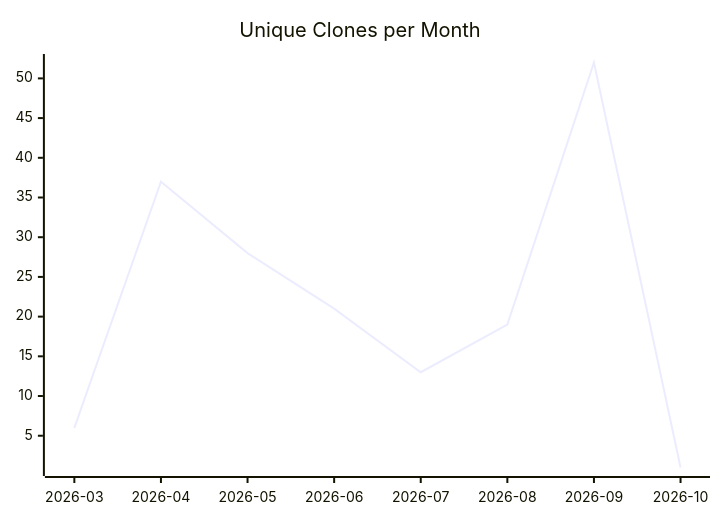
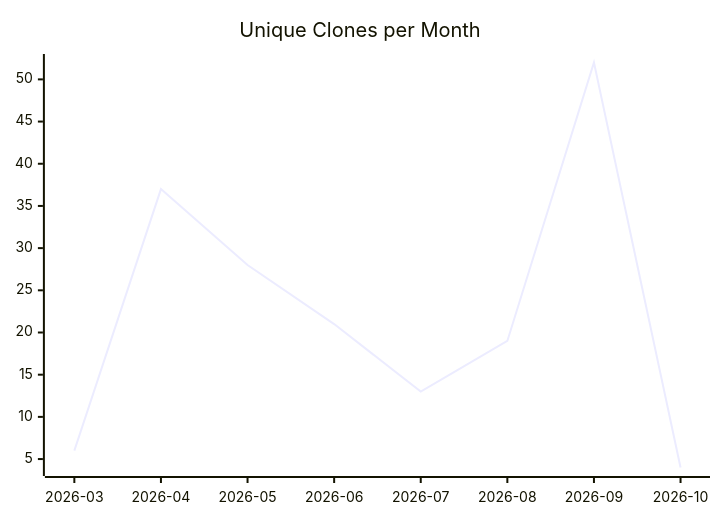
The third of 3 diagrams in karlmdavis/ansible-role-jenkins2/README.md (justdavis-family/github-analytics-data), drawn with Mermaid before and after one commit. The commit also changed other lines of this file and 203 other files, not shown here.

````diff
--- a/karlmdavis/ansible-role-jenkins2/README.md
+++ b/karlmdavis/ansible-role-jenkins2/README.md
@@ -19,6 +19,6 @@
 ```mermaid
 xychart-beta
   title "Unique Clones per Month"
   x-axis ["2026-03", "2026-04", "2026-05", "2026-06", "2026-07", "2026-08", "2026-09", "2026-10"]
-  line [6, 37, 28, 21, 13, 19, 52, 1]
+  line [6, 37, 28, 21, 13, 19, 52, 4]
 ```
````
